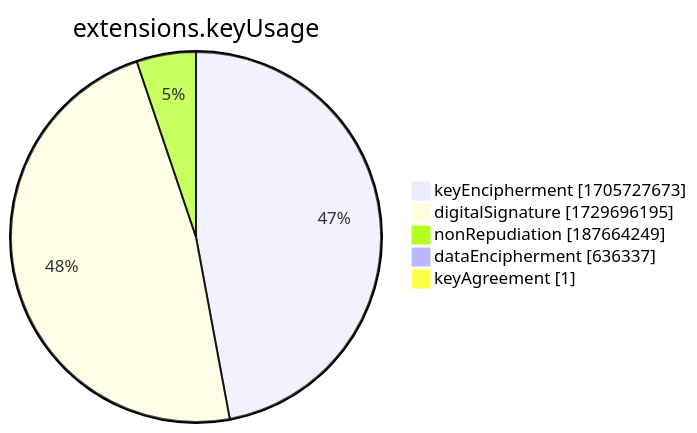
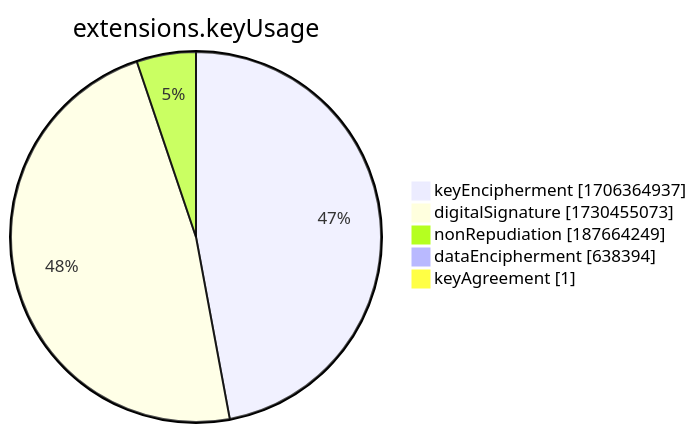
One commit to christiankrug/ctmonitor_visualization changed the seventh of 15 diagrams in xenon2022/README.md. Above: the diagram before and after it, drawn with Mermaid. The commit also changed other lines of this file, not shown here.

````diff
--- a/xenon2022/README.md
+++ b/xenon2022/README.md
@@ -2858,9 +2858,9 @@
 ```mermaid
 pie showData
 title extensions.keyUsage
-"keyEncipherment" :1705727673
-"digitalSignature" :1729696195
+"keyEncipherment" :1706364937
+"digitalSignature" :1730455073
 "nonRepudiation" :187664249
-"dataEncipherment" :636337
+"dataEncipherment" :638394
 "keyAgreement" :1
 ```
````
